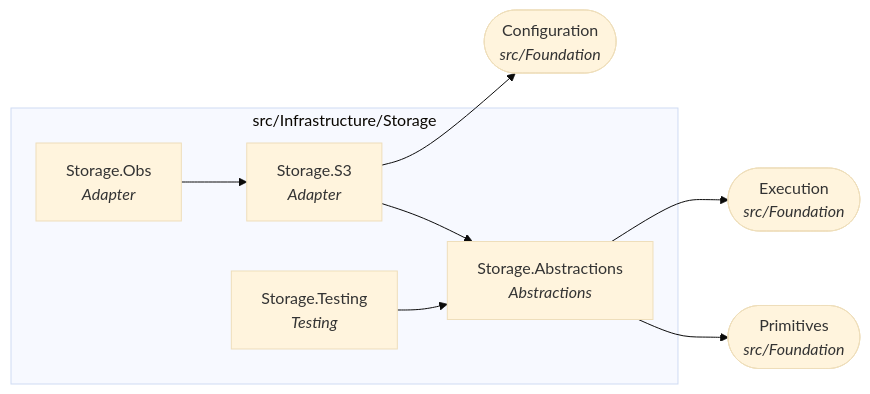
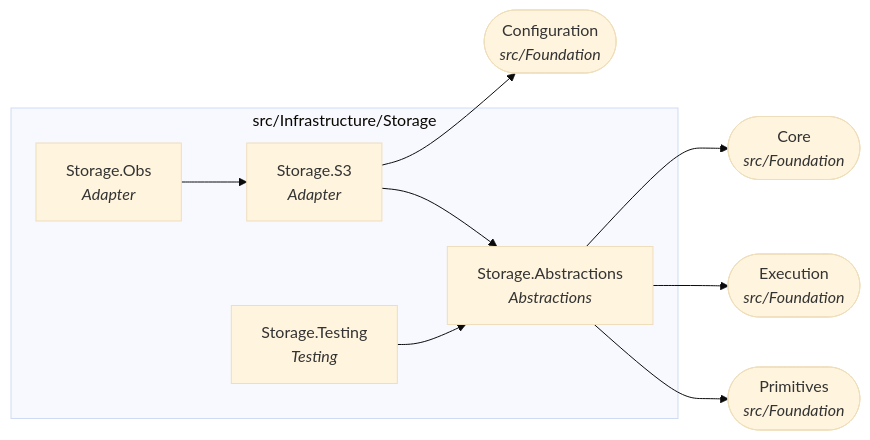
Before and after one commit to Gresta-Vertex-Labs/platform-shared-kernel: diagram 17 of 22 in docs/dependency-graph.md, drawn with Mermaid (base theme). The commit also changed other lines of this file and 1494 other files, not shown here.

````diff
--- a/docs/dependency-graph.md
+++ b/docs/dependency-graph.md
@@ -609,18 +629,20 @@
 ```mermaid
 flowchart LR
   subgraph folder_src_Infrastructure_Storage["src/Infrastructure/Storage"]
     SharedKernel_Storage_Abstractions["Storage.Abstractions<br/><i>Abstractions</i>"]
     SharedKernel_Storage_Obs["Storage.Obs<br/><i>Adapter</i>"]
     SharedKernel_Storage_S3["Storage.S3<br/><i>Adapter</i>"]
     SharedKernel_Storage_Testing["Storage.Testing<br/><i>Testing</i>"]
   end
   SharedKernel_Configuration(["Configuration<br/><i>src/Foundation</i>"])
+  SharedKernel_Core(["Core<br/><i>src/Foundation</i>"])
   SharedKernel_Execution(["Execution<br/><i>src/Foundation</i>"])
   SharedKernel_Primitives(["Primitives<br/><i>src/Foundation</i>"])
+  SharedKernel_Storage_Abstractions --> SharedKernel_Core
   SharedKernel_Storage_Abstractions --> SharedKernel_Execution
   SharedKernel_Storage_Abstractions --> SharedKernel_Primitives
   SharedKernel_Storage_Obs --> SharedKernel_Storage_S3
   SharedKernel_Storage_S3 --> SharedKernel_Configuration
   SharedKernel_Storage_S3 --> SharedKernel_Storage_Abstractions
   SharedKernel_Storage_Testing --> SharedKernel_Storage_Abstractions
 ```
````
